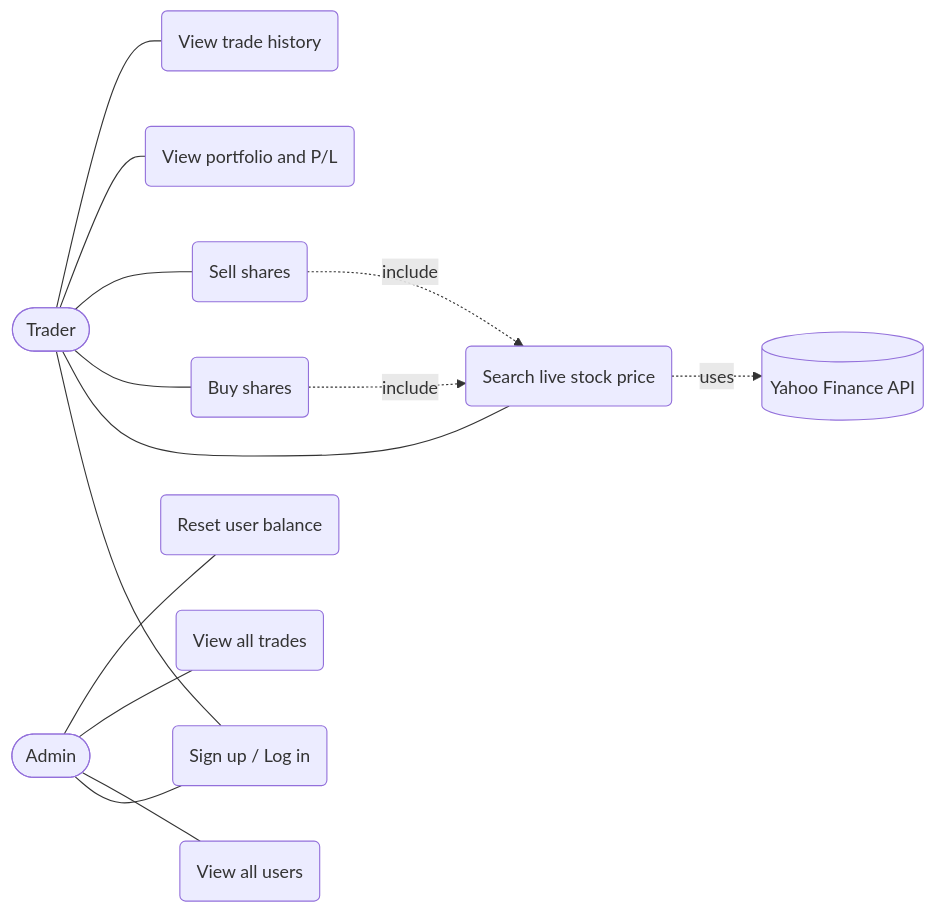
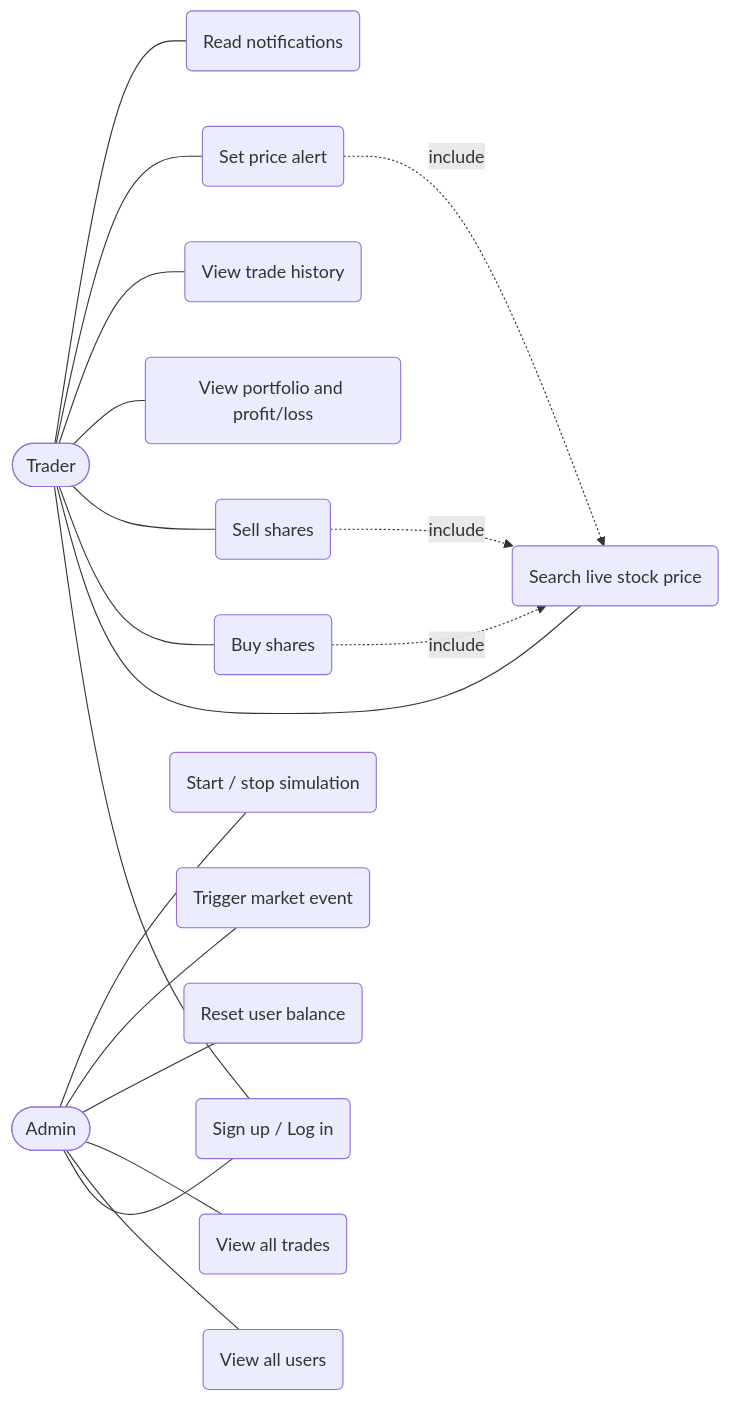
Before and after one commit to dacron18-dev/stockify-real-: the third of 5 diagrams in docs/uml-diagrams.md, drawn with Mermaid. The commit also changed other lines of this file and 13 other files, not shown here.

````diff
--- a/docs/uml-diagrams.md
+++ b/docs/uml-diagrams.md
@@ -7,16 +67,20 @@
 ```mermaid
 flowchart LR
   T([Trader]) --- U1(Sign up / Log in)
   T --- U2(Search live stock price)
   T --- U3(Buy shares)
   T --- U4(Sell shares)
-  T --- U5(View portfolio and P/L)
+  T --- U5(View portfolio and profit/loss)
   T --- U6(View trade history)
+  T --- U10(Set price alert)
+  T --- U11(Read notifications)
   A([Admin]) --- U1
   A --- U7(View all users)
   A --- U8(View all trades)
   A --- U9(Reset user balance)
-  U2 -.->|uses| Y[(Yahoo Finance API)]
+  A --- U12(Trigger market event)
+  A --- U13(Start / stop simulation)
   U3 -.->|include| U2
   U4 -.->|include| U2
+  U10 -.->|include| U2
 ```
````
